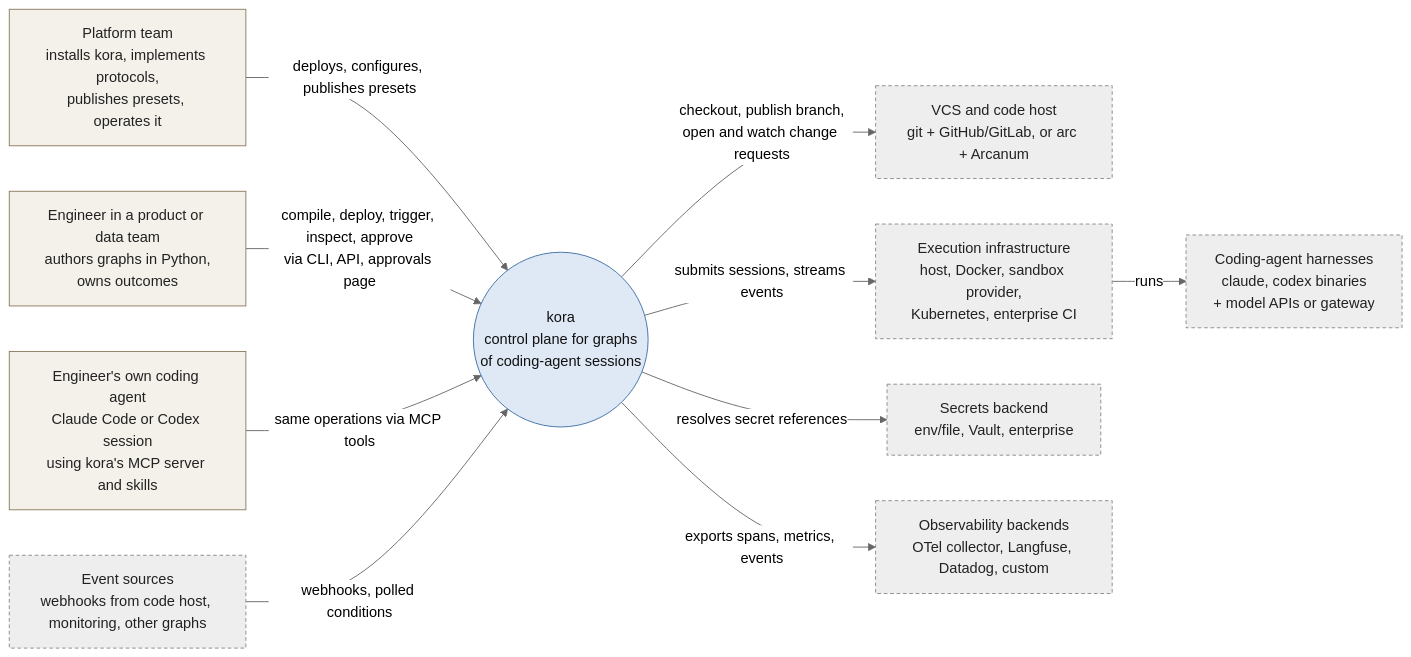
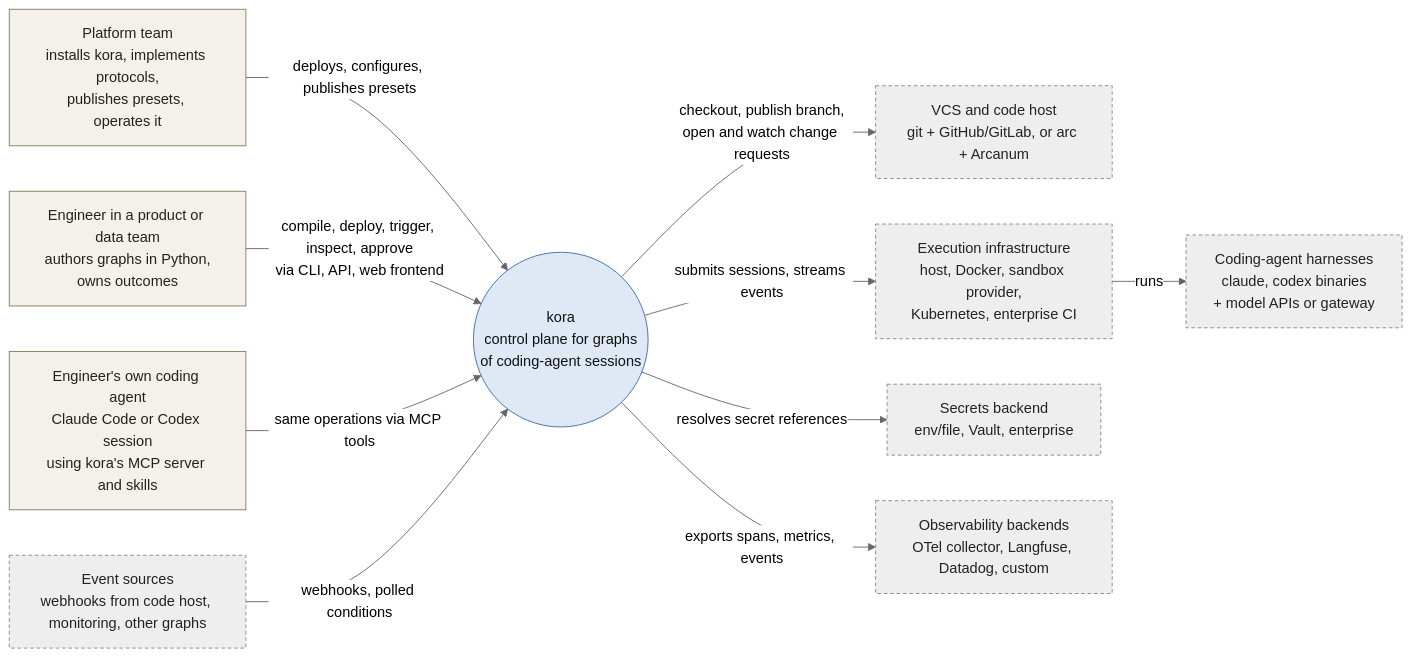
The first of 6 diagrams in docs/design/architecture.md (klukashka/kora), drawn with Mermaid (neutral theme) before and after one commit. The commit also changed other lines of this file and 11 other files, not shown here.

````diff
--- a/docs/design/architecture.md
+++ b/docs/design/architecture.md
@@ -7,29 +7,29 @@
 ```mermaid
 flowchart LR
     classDef person fill:#f4f1ea,stroke:#8a7a5a,color:#222
     classDef system fill:#dfe9f5,stroke:#3b6ea5,color:#111
     classDef ext fill:#eeeeee,stroke:#888,color:#222,stroke-dasharray: 4 3
 
     PT[Platform team<br/>installs kora, implements protocols,<br/>publishes presets, operates it]:::person
     ENG[Engineer in a product or data team<br/>authors graphs in Python,<br/>owns outcomes]:::person
     UA[Engineer's own coding agent<br/>Claude Code or Codex session<br/>using kora's MCP server and skills]:::person
 
     KORA((kora<br/>control plane for graphs<br/>of coding-agent sessions)):::system
 
     HARN[Coding-agent harnesses<br/>claude, codex binaries<br/>+ model APIs or gateway]:::ext
     VCS[VCS and code host<br/>git + GitHub/GitLab, or arc + Arcanum]:::ext
     RT[Execution infrastructure<br/>host, Docker, sandbox provider,<br/>Kubernetes, enterprise CI]:::ext
     SEC[Secrets backend<br/>env/file, Vault, enterprise]:::ext
     OBS[Observability backends<br/>OTel collector, Langfuse, Datadog, custom]:::ext
     SRC[Event sources<br/>webhooks from code host, monitoring, other graphs]:::ext
 
     PT -->|deploys, configures, publishes presets| KORA
-    ENG -->|compile, deploy, trigger, inspect, approve<br/>via CLI, API, approvals page| KORA
+    ENG -->|compile, deploy, trigger, inspect, approve<br/>via CLI, API, web frontend| KORA
     UA -->|same operations via MCP tools| KORA
     KORA -->|submits sessions, streams events| RT
     RT -->|runs| HARN
     KORA -->|checkout, publish branch,<br/>open and watch change requests| VCS
     KORA -->|resolves secret references| SEC
     KORA -->|exports spans, metrics, events| OBS
     SRC -->|webhooks, polled conditions| KORA
 ```
````
